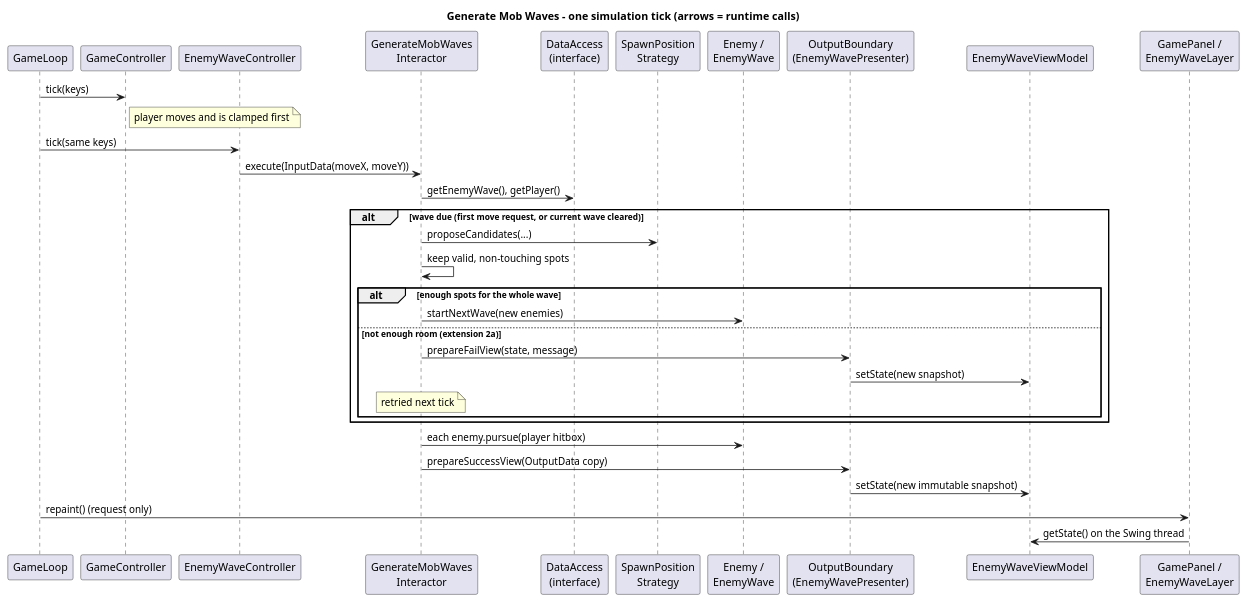
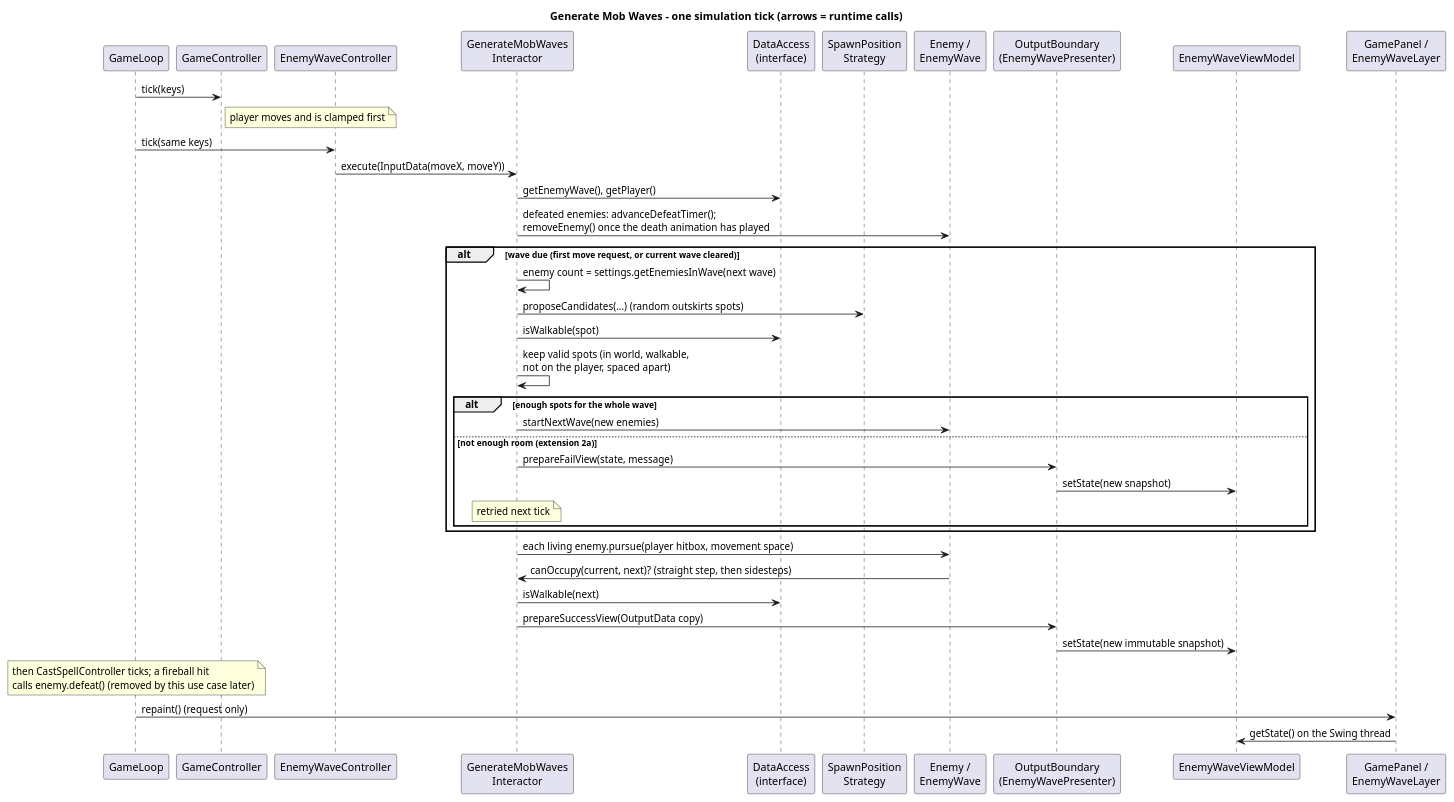
One commit to omshe/team-project-207 changed the second of 2 diagrams in docs/diagrams/generate-mob-waves.puml. Above: the diagram before and after it, drawn with PlantUML. The commit also changed other lines of this file and 2 other files, not shown here.

First line of the commit message:
docs(enemy): document terrain, spacing, defeat and growing waves

```diff
--- a/docs/diagrams/generate-mob-waves.puml
+++ b/docs/diagrams/generate-mob-waves.puml
@@ -99,35 +116,41 @@
 @startuml generate-mob-waves-tick
 title Generate Mob Waves - one simulation tick (arrows = runtime calls)
 participant GameLoop
 participant GameController
 participant EnemyWaveController
 participant "GenerateMobWaves\nInteractor" as Interactor
 participant "DataAccess\n(interface)" as DAO
 participant "SpawnPosition\nStrategy" as Strategy
 participant "Enemy /\nEnemyWave" as Entities
 participant "OutputBoundary\n(EnemyWavePresenter)" as Presenter
 participant EnemyWaveViewModel
 participant "GamePanel /\nEnemyWaveLayer" as View
 
 GameLoop -> GameController : tick(keys)
 note right of GameController : player moves and is clamped first
 GameLoop -> EnemyWaveController : tick(same keys)
 EnemyWaveController -> Interactor : execute(InputData(moveX, moveY))
 Interactor -> DAO : getEnemyWave(), getPlayer()
+Interactor -> Entities : defeated enemies: advanceDefeatTimer();\nremoveEnemy() once the death animation has played
 alt wave due (first move request, or current wave cleared)
-  Interactor -> Strategy : proposeCandidates(...)
-  Interactor -> Interactor : keep valid, non-touching spots
+  Interactor -> Interactor : enemy count = settings.getEnemiesInWave(next wave)
+  Interactor -> Strategy : proposeCandidates(...) (random outskirts spots)
+  Interactor -> DAO : isWalkable(spot)
+  Interactor -> Interactor : keep valid spots (in world, walkable,\nnot on the player, spaced apart)
   alt enough spots for the whole wave
     Interactor -> Entities : startNextWave(new enemies)
   else not enough room (extension 2a)
     Interactor -> Presenter : prepareFailView(state, message)
     Presenter -> EnemyWaveViewModel : setState(new snapshot)
     note over Interactor : retried next tick
   end
 end
-Interactor -> Entities : each enemy.pursue(player hitbox)
+Interactor -> Entities : each living enemy.pursue(player hitbox, movement space)
+Entities -> Interactor : canOccupy(current, next)? (straight step, then sidesteps)
+Interactor -> DAO : isWalkable(next)
 Interactor -> Presenter : prepareSuccessView(OutputData copy)
 Presenter -> EnemyWaveViewModel : setState(new immutable snapshot)
+note over GameLoop : then CastSpellController ticks; a fireball hit\ncalls enemy.defeat() (removed by this use case later)
 GameLoop -> View : repaint() (request only)
 View -> EnemyWaveViewModel : getState() on the Swing thread
 @enduml
```
